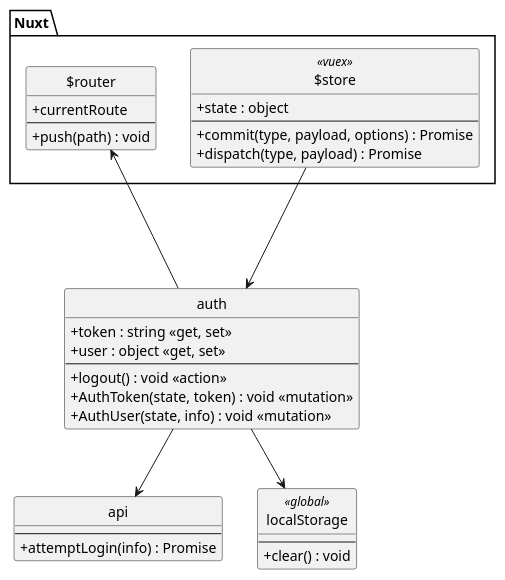
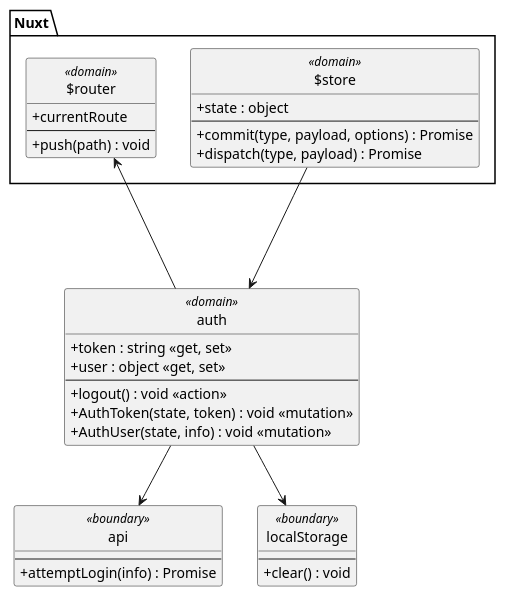
One commit to Phoenix1355/I4PRJ4-Web changed the diagram in docs/class-diagram-uc8.plantuml. Above: the diagram before and after it, drawn with PlantUML. The commit also changed 4 other files, not shown here.

```diff
--- a/docs/class-diagram-uc8.plantuml
+++ b/docs/class-diagram-uc8.plantuml
@@ -1,47 +1,47 @@
 @startuml UC8-Logout
 
 skinparam shadowing false
 skinparam classAttributeIconSize 0
 skinparam monochrome true
 skinparam backgroundColor transparent
 skinparam style strictuml
 
 package Nuxt {
-    class $router {
+    class $router <<domain>> {
         + currentRoute
         --
         + push(path) : void
     }
 
-    class $store <<vuex>> {
+    class $store <<domain>> {
         + state : object
         --
         + commit(type, payload, options) : Promise
         + dispatch(type, payload) : Promise
     }
 }
 
-class auth {
+class auth <<domain>> {
     + token : string <<get, set>>
     + user : object <<get, set>>
     --
     + logout() : void <<action>>
     + AuthToken(state, token) : void <<mutation>>
     + AuthUser(state, info) : void <<mutation>>
 }
 $store ---> auth
 auth --> $router
 
-class api {
+class api <<boundary>> {
     --
     + attemptLogin(info) : Promise
 }
 auth --> api
 
-class localStorage <<global>> {
+class localStorage <<boundary>> {
     --
     + clear() : void
 }
 auth --> localStorage
 
 @enduml
```
